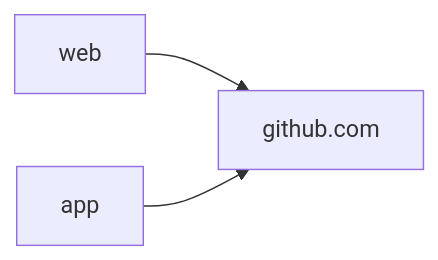
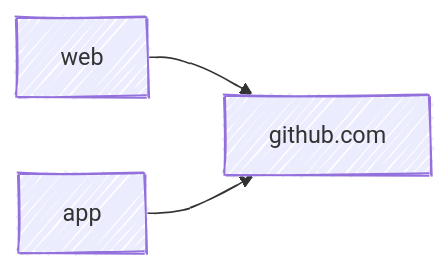
Before and after one commit to fbuireu/contribKit: the first of 2 diagrams in docs/plans/0001-app-consumes-contribkit-api.md, drawn with Mermaid. The commit also changed other lines of this file, not shown here.

Commit message:
docs: draw the deferred plan's two diagrams hand-drawn, like every other diagram

````diff
--- a/docs/plans/0001-app-consumes-contribkit-api.md
+++ b/docs/plans/0001-app-consumes-contribkit-api.md
@@ -13,9 +13,10 @@
 ```mermaid
 ---
 config:
+  look: handDrawn
   layout: dagre
 ---
 flowchart LR
     web["web"] --> gh["github.com"]
     app["app"] --> gh
 ```
````
